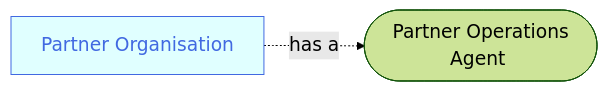
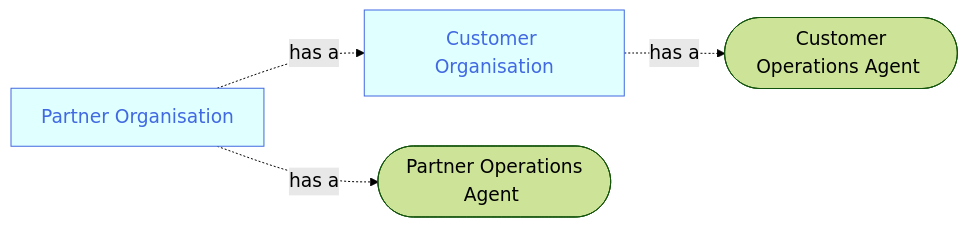
Before and after one commit to joe-dorward/samples: the diagram in 2025_Sage/03_Scenario - Sites.mdx, drawn with Mermaid.

Commit message:
Update 03_Scenario - Sites.mdx

````diff
--- a/2025_Sage/03_Scenario - Sites.mdx
+++ b/2025_Sage/03_Scenario - Sites.mdx
@@ -6,30 +6,32 @@
 ```mermaid
 %%{
   init: {
     'theme': 'forest',
     'themeVariables': {
       'fontSize':'14pt'
     }
   }
 }%%
 flowchart LR
   classDef Sage fill:seagreen, color:honeydew;
   classDef Noun fill:lightcyan, stroke:royalblue, color:royalblue;
   classDef Note fill:white, stroke:white, text-align:left;
 
-  PARTNER_ORGANISATION_01[Partner Organisation]-.has a.->
+  PARTNER_ORGANISATION_01[Partner Organisation]
+
+  PARTNER_ORGANISATION_01-.has a.->
+  CUSTOMER_ORGANISATION_01[Customer Organisation]-.has a.->
+  CUSTOMER_OPERATIONS_AGENT_01([&nbsp;Customer Operations Agent&nbsp;])
+
+  PARTNER_ORGANISATION_01-.has a.->
   PARTNER_OPERATIONS_AGENT_01([&nbsp;Partner Operations Agent&nbsp;])
-
-
-
-
 
 
   %%-.who adds a.->
   %%CUSTOMER_ORGANISATION_01[Customer Organisation]-.and a<br/>(required).->
   %%PRIMARY_CONTACT_01([&nbsp;Primary Contact&nbsp;])-.-o
   %%PRIMARY_CONTACT_01_NOTE[The **Primary Contact** is added with the **Customer Operations Agent** role]
 
   class PARTNER_ORGANISATION_01,CUSTOMER_ORGANISATION_01 Noun
   class PRIMARY_CONTACT_01_NOTE Note
 ```
````
